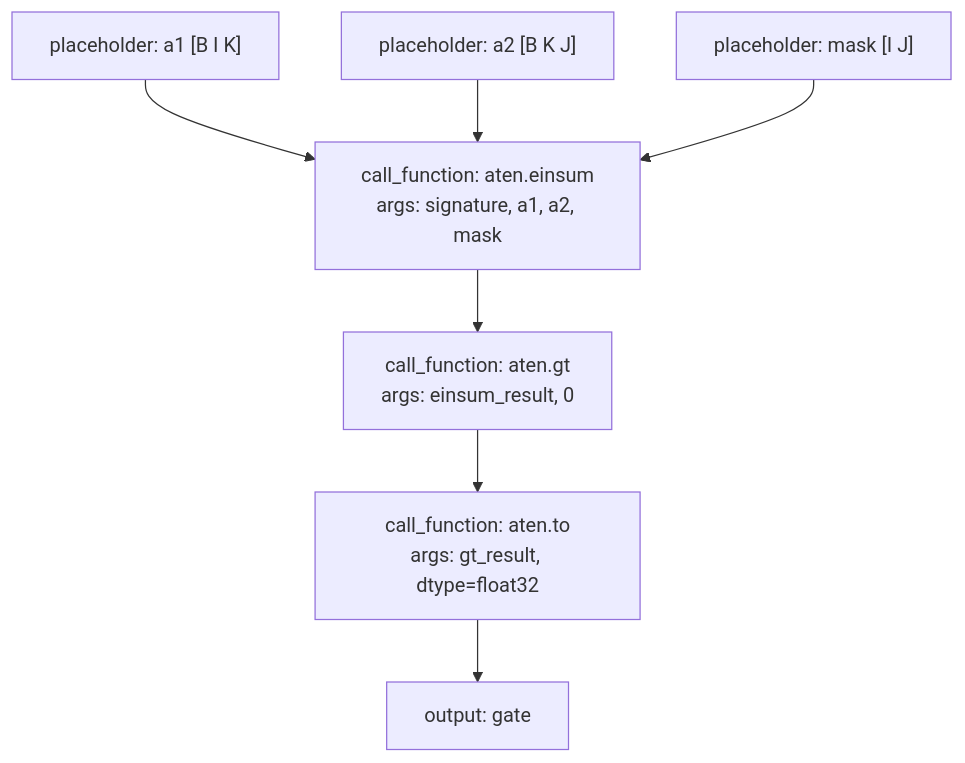
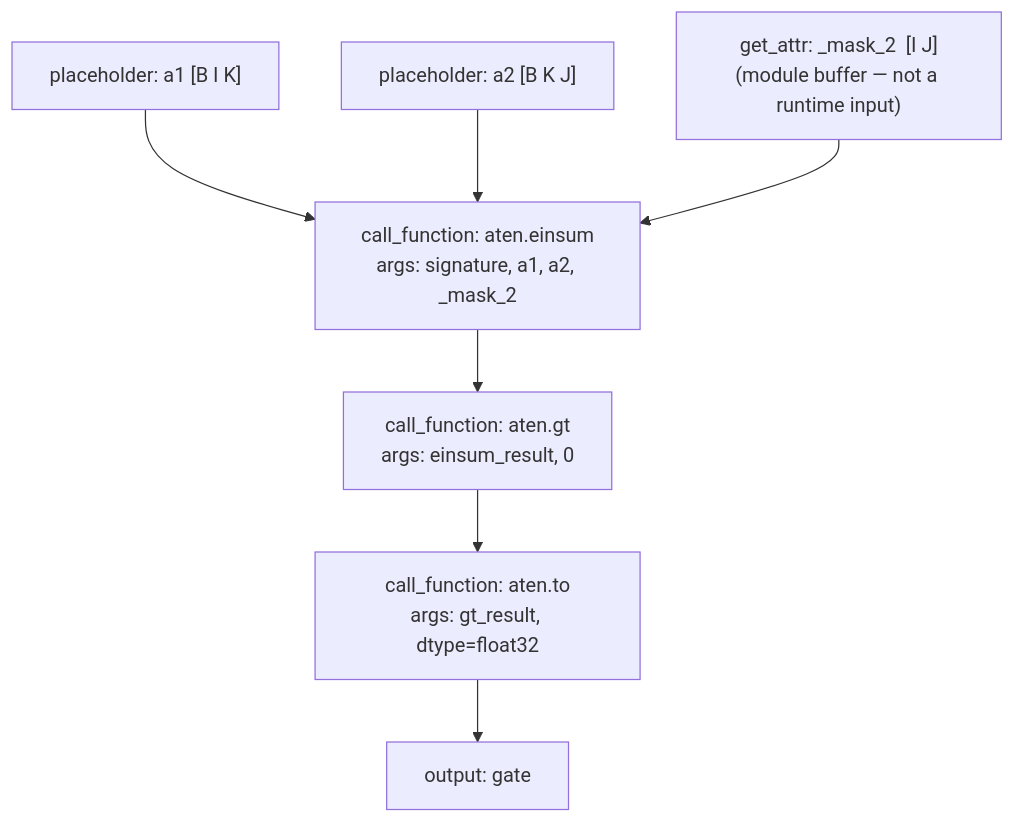
Before and after one commit to william-macready/pyncd: the fifth of 6 diagrams in papers/pytorch_compilation.md, drawn with Mermaid. The commit also changed other lines of this file and 5 other files, not shown here.

````diff
--- a/papers/pytorch_compilation.md
+++ b/papers/pytorch_compilation.md
@@ -671,17 +872,17 @@
 ```mermaid
 graph TD
     P1["placeholder: a1  [B I K]"]
     P2["placeholder: a2  [B K J]"]
-    P3["placeholder: mask  [I J]"]
-    E["call_function: aten.einsum\nargs: signature, a1, a2, mask"]
+    GA["get_attr: _mask_2  [I J]\n(module buffer — not a runtime input)"]
+    E["call_function: aten.einsum\nargs: signature, a1, a2, _mask_2"]
     GT["call_function: aten.gt\nargs: einsum_result, 0"]
     TO["call_function: aten.to\nargs: gt_result, dtype=float32"]
     OUT["output: gate"]
 
     P1 --> E
     P2 --> E
-    P3 --> E
+    GA --> E
     E --> GT
     GT --> TO
     TO --> OUT
 ```
````
